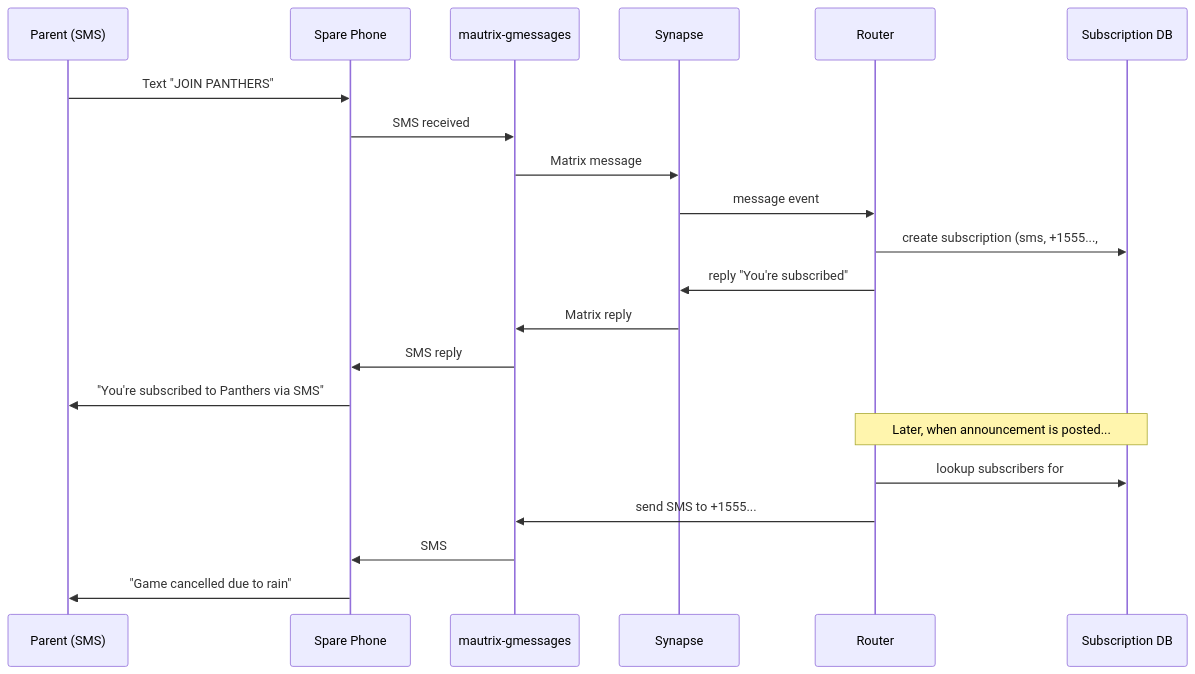
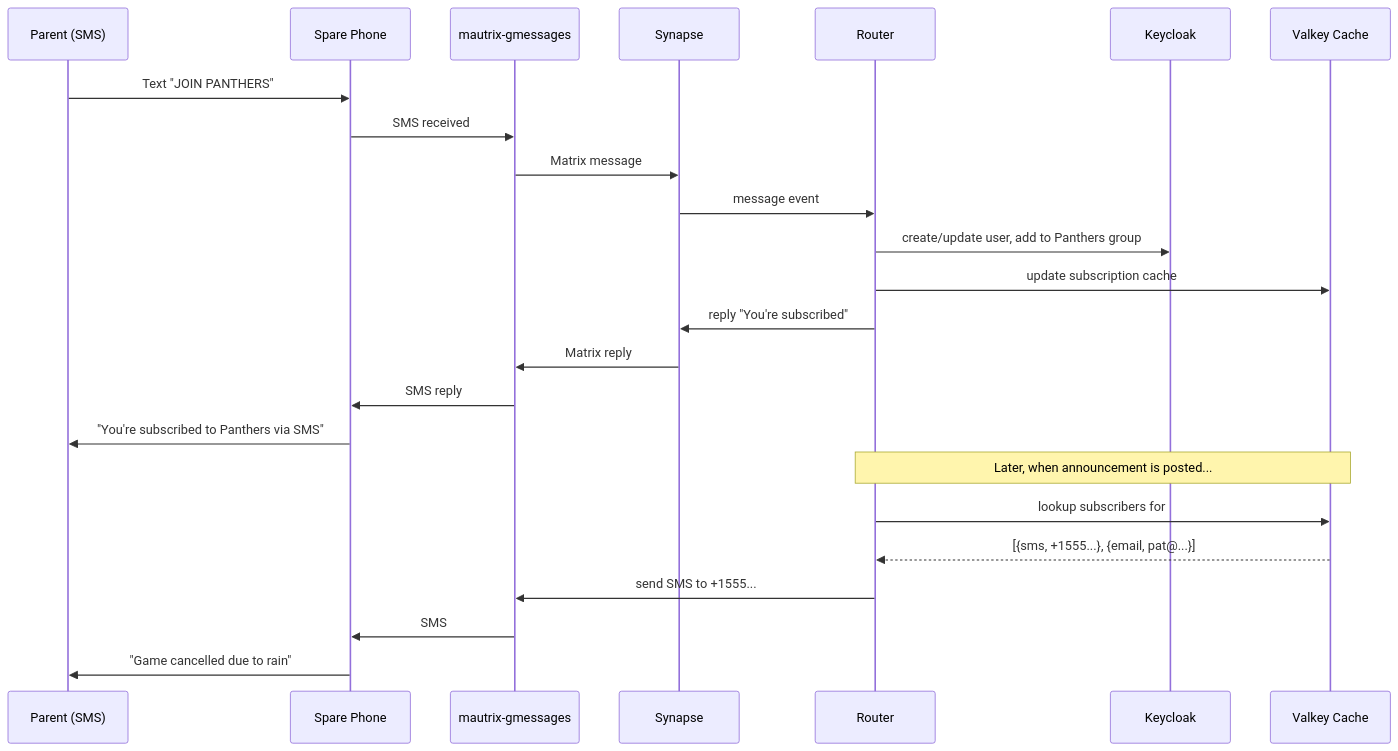
The fourth of 5 diagrams in docs/plans/2026-04-02-knarr-design.md (SiliconSaga/yggdrasil), drawn with Mermaid before and after one commit. The commit also changed other lines of this file, not shown here.

````diff
--- a/docs/plans/2026-04-02-knarr-design.md
+++ b/docs/plans/2026-04-02-knarr-design.md
@@ -510,26 +540,29 @@
 ```mermaid
 sequenceDiagram
     participant P as Parent (SMS)
     participant Phone as Spare Phone
     participant Bridge as mautrix-gmessages
     participant Synapse as Synapse
     participant Router as Router
-    participant DB as Subscription DB
+    participant KC as Keycloak
+    participant VK as Valkey Cache
 
     P->>Phone: Text "JOIN PANTHERS"
     Phone->>Bridge: SMS received
     Bridge->>Synapse: Matrix message
     Synapse->>Router: message event
-    Router->>DB: create subscription (sms, +1555..., #panthers)
+    Router->>KC: create/update user, add to Panthers group
+    Router->>VK: update subscription cache
     Router->>Synapse: reply "You're subscribed"
     Synapse->>Bridge: Matrix reply
     Bridge->>Phone: SMS reply
     Phone->>P: "You're subscribed to Panthers via SMS"
 
-    Note over Router,DB: Later, when announcement is posted...
+    Note over Router,VK: Later, when announcement is posted...
 
-    Router->>DB: lookup subscribers for #panthers/announcements
+    Router->>VK: lookup subscribers for #panthers/announcements
+    VK-->>Router: [{sms, +1555...}, {email, pat@...}]
     Router->>Bridge: send SMS to +1555...
     Bridge->>Phone: SMS
     Phone->>P: "Game cancelled due to rain"
 ```
````
